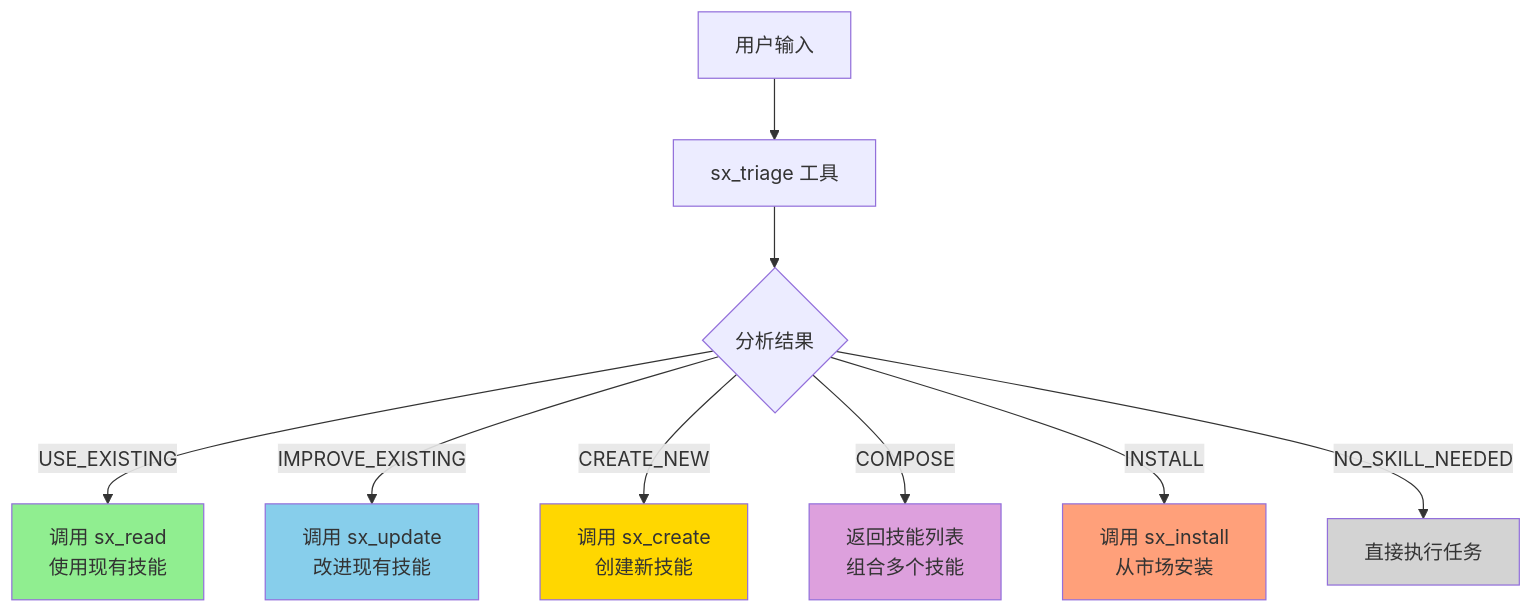
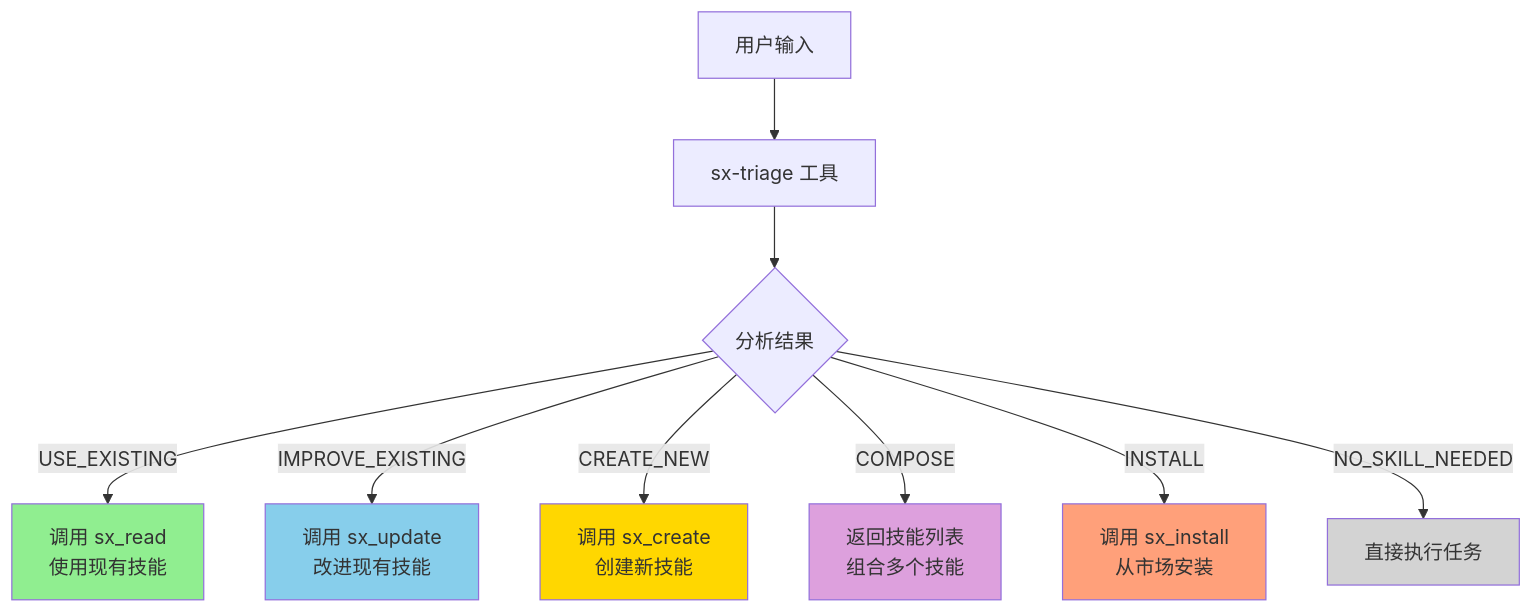
The fifth of 12 diagrams in docs/02-设计/20260111-01-项目设计.md (shetengteng/skillix), drawn with Mermaid before and after one commit. The commit also changed other lines of this file and 1 other file, not shown here.

````diff
--- a/docs/02-设计/20260111-01-项目设计.md
+++ b/docs/02-设计/20260111-01-项目设计.md
@@ -258,18 +258,18 @@
 ```mermaid
 flowchart TD
-    A[用户输入] --> B[sx_triage 工具]
+    A[用户输入] --> B[sx-triage 工具]
     B --> C{分析结果}
     C -->|USE_EXISTING| D[调用 sx_read<br/>使用现有技能]
     C -->|IMPROVE_EXISTING| E[调用 sx_update<br/>改进现有技能]
     C -->|CREATE_NEW| F[调用 sx_create<br/>创建新技能]
     C -->|COMPOSE| G[返回技能列表<br/>组合多个技能]
     C -->|INSTALL| H[调用 sx_install<br/>从市场安装]
     C -->|NO_SKILL_NEEDED| I[直接执行任务]
     
     style D fill:#90EE90
     style E fill:#87CEEB
     style F fill:#FFD700
     style G fill:#DDA0DD
     style H fill:#FFA07A
     style I fill:#D3D3D3
 ```
````
